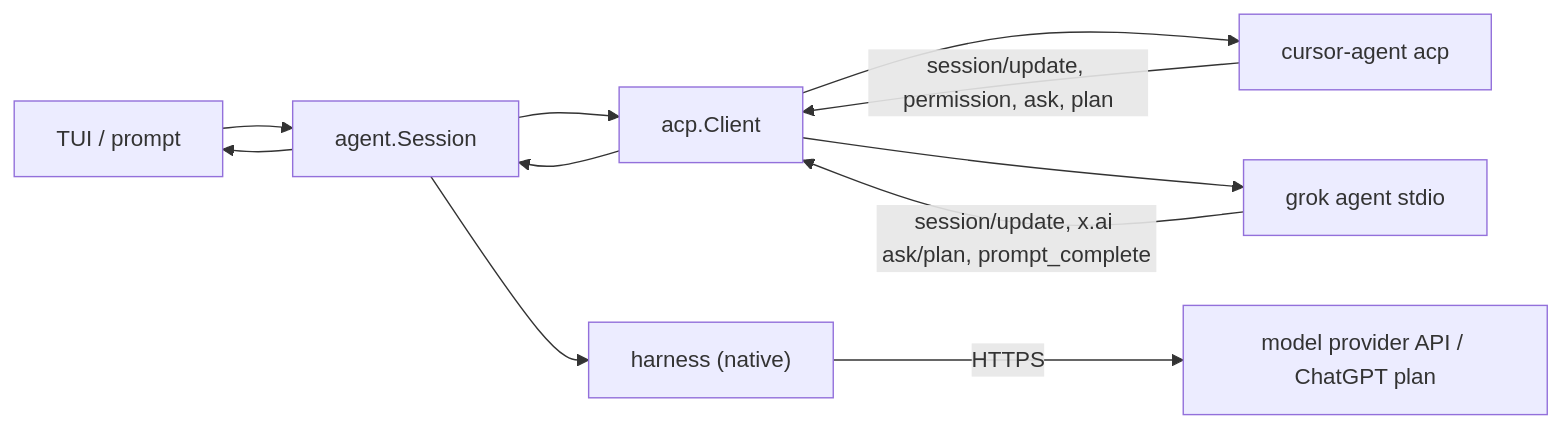
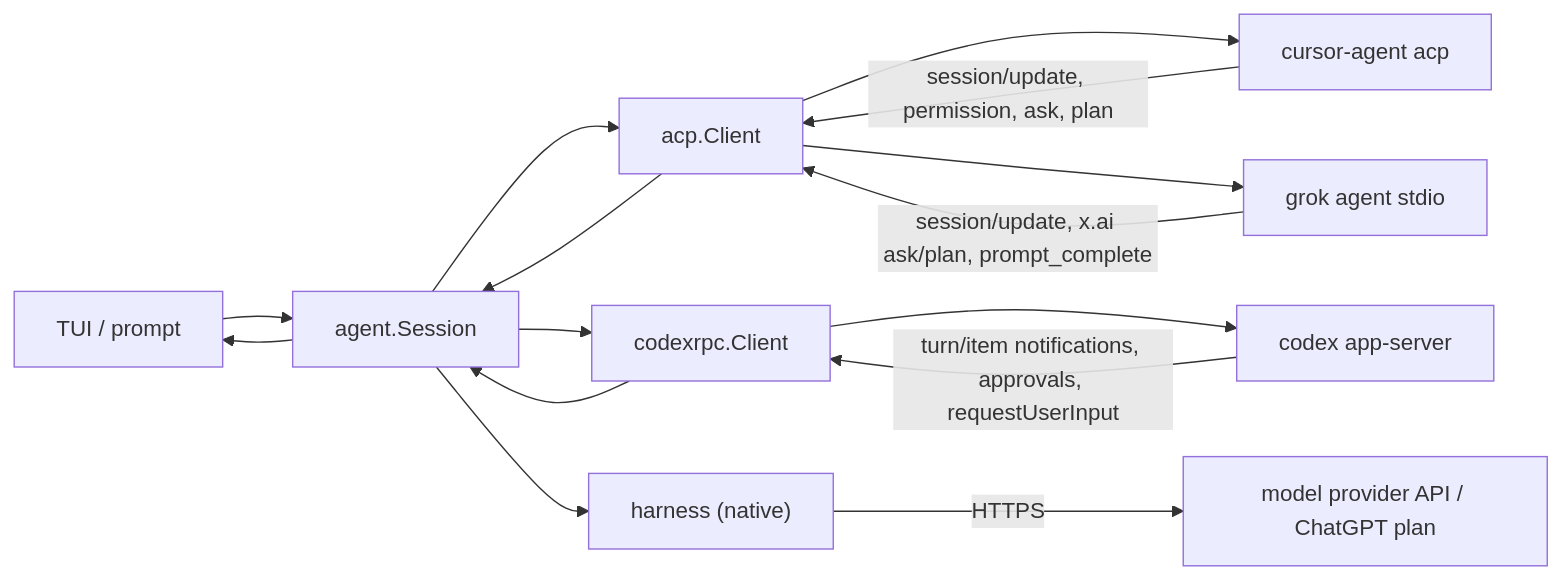
Before and after one commit to charliek/craze: the first of 2 diagrams in docs/development/architecture.md, drawn with Mermaid. The commit also changed other lines of this file and 130 other files, not shown here.

First line of the commit message:
Codex provider: codex app-server in craze (#156)

````diff
--- a/docs/development/architecture.md
+++ b/docs/development/architecture.md
@@ -12,13 +14,17 @@
 ```mermaid
 flowchart LR
   tui["TUI / prompt"] --> session["agent.Session"]
   session --> client["acp.Client"]
   client --> cursor["cursor-agent acp"]
   client --> grok["grok agent stdio"]
   cursor -->|"session/update, permission, ask, plan"| client
   grok -->|"session/update, x.ai ask/plan, prompt_complete"| client
   client --> session
+  session --> codexrpc["codexrpc.Client"]
+  codexrpc --> codex["codex app-server"]
+  codex -->|"turn/item notifications, approvals, requestUserInput"| codexrpc
+  codexrpc --> session
   session --> tui
   session --> native["harness (native)"]
   native -->|"HTTPS"| api["model provider API / ChatGPT plan"]
 ```
````
